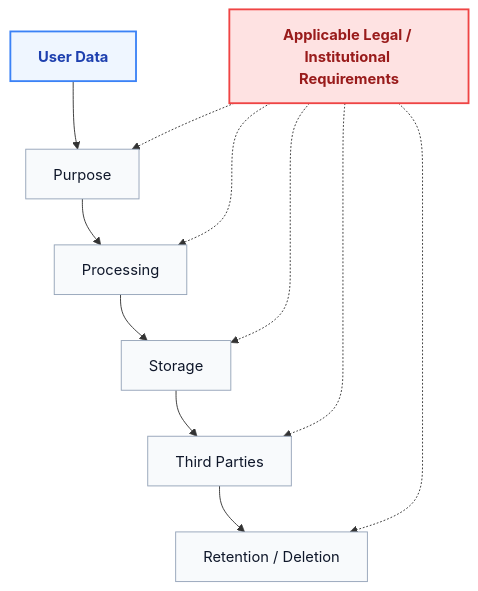
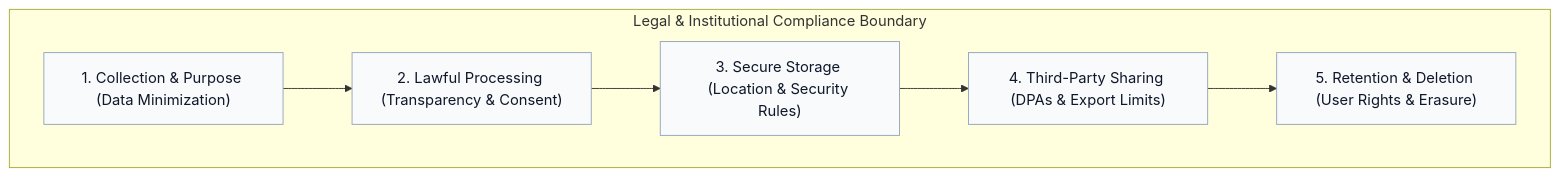
Before and after one commit to davidalbertstark-lab/Lenar: the second of 4 diagrams in docs/product/15-Legal-Business.md, drawn with Mermaid. The commit also changed other lines of this file and 28 other files, not shown here.

Commit message:
docs: system-wide diagram redesign for first-instance comprehension

````diff
--- a/docs/product/15-Legal-Business.md
+++ b/docs/product/15-Legal-Business.md
@@ -74,31 +76,15 @@
 ```mermaid
 flowchart TD
-    classDef data fill:#eff6ff,stroke:#3b82f6,stroke-width:2px,color:#1e40af,font-weight:bold
-    classDef step fill:#f8fafc,stroke:#94a3b8,stroke-width:1px,color:#0f172a
-    classDef legal fill:#fee2e2,stroke:#ef4444,stroke-width:2px,color:#991b1b,font-weight:bold
+    subgraph Governance ["Legal & Institutional Compliance Boundary"]
+        C["1. Collection & Purpose (Data Minimization)"]
+        P["2. Lawful Processing (Transparency & Consent)"]
+        S["3. Secure Storage (Location & Security Rules)"]
+        T["4. Third-Party Sharing (DPAs & Export Limits)"]
+        R["5. Retention & Deletion (User Rights & Erasure)"]
 
-    UD[User Data]
-    P[Purpose]
-    PR[Processing]
-    S[Storage]
-    TP[Third Parties]
-    RD[Retention / Deletion]
+        C --> P --> S --> T --> R
+    end
 
-    ALIR[Applicable Legal / Institutional Requirements]
-
-    UD --> P
-    P --> PR
-    PR --> S
-    S --> TP
-    TP --> RD
-
-    ALIR -.-> P
-    ALIR -.-> PR
-    ALIR -.-> S
-    ALIR -.-> TP
-    ALIR -.-> RD
-
-    class UD data;
-    class P,PR,S,TP,RD step;
-    class ALIR legal;
+    classDef stage fill:#f8fafc,stroke:#94a3b8,stroke-width:1px,color:#0f172a
+    class C,P,S,T,R stage
 ```
````
